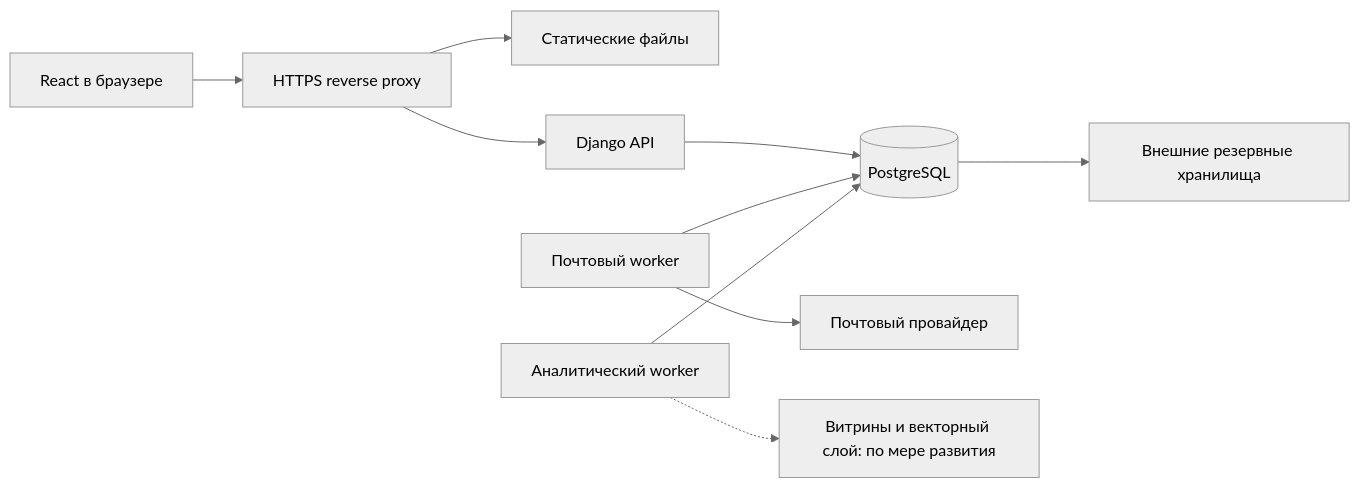
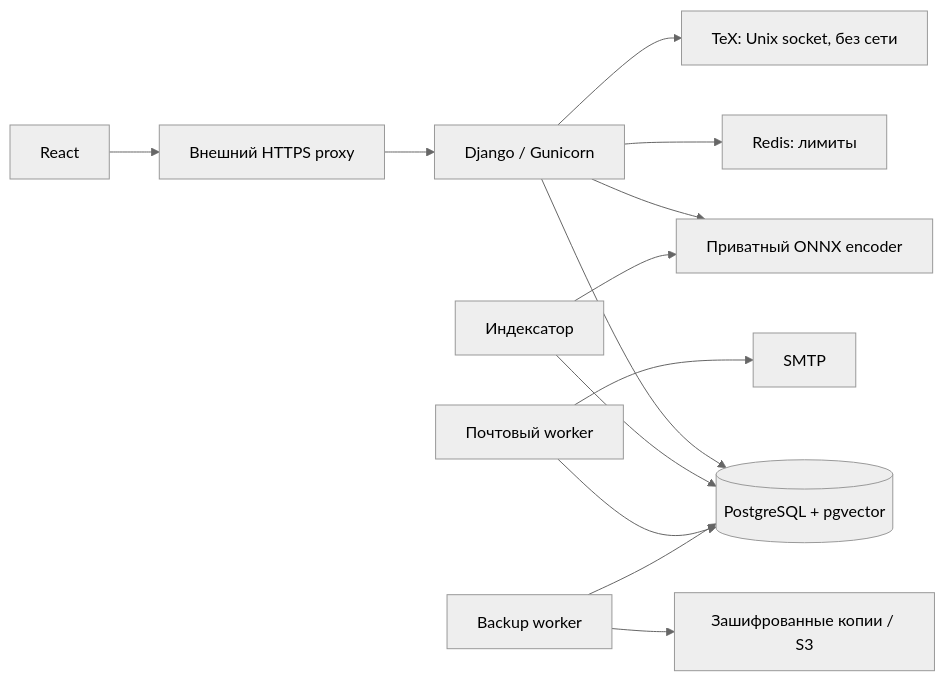
The diagram in docs/architecture.md (ARS404/Plusfolio), drawn with Mermaid (neutral theme) before and after one commit. The commit also changed other lines of this file and 45 other files, not shown here.

````diff
--- a/docs/architecture.md
+++ b/docs/architecture.md
@@ -29,12 +18,15 @@
 ```mermaid
 flowchart LR
-    B[React в браузере] --> P[HTTPS reverse proxy]
-    P --> S[Статические файлы]
-    P --> A[Django API]
-    A --> D[(PostgreSQL)]
-    W[Почтовый worker] --> D
-    W --> M[Почтовый провайдер]
-    C[Аналитический worker] --> D
-    C -.-> V[Витрины и векторный слой: по мере развития]
-    D --> K[Внешние резервные хранилища]
+    UI[React] --> HTTPS[Внешний HTTPS proxy]
+    HTTPS --> WEB[Django / Gunicorn]
+    WEB --> DB[(PostgreSQL + pgvector)]
+    WEB --> REDIS[Redis: лимиты]
+    WEB --> MODEL[Приватный ONNX encoder]
+    WEB --> TEX[TeX: Unix socket, без сети]
+    INDEX[Индексатор] --> DB
+    INDEX --> MODEL
+    MAIL[Почтовый worker] --> DB
+    MAIL --> SMTP[SMTP]
+    BACKUP[Backup worker] --> DB
+    BACKUP --> STORE[Зашифрованные копии / S3]
 ```
````
